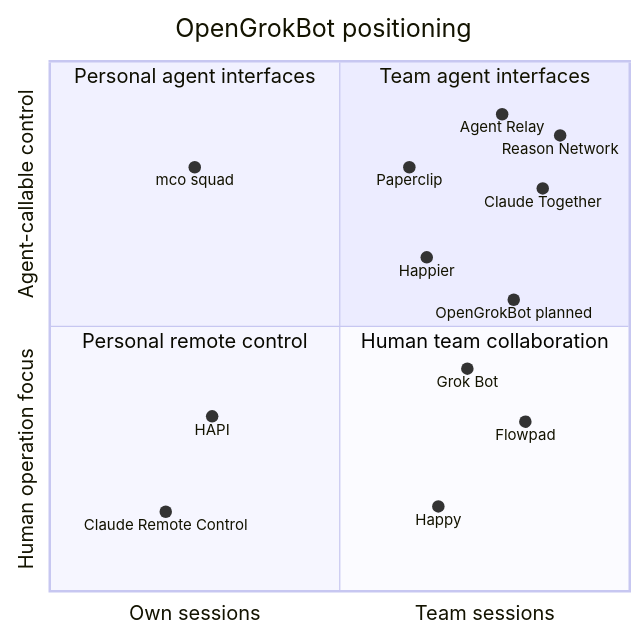
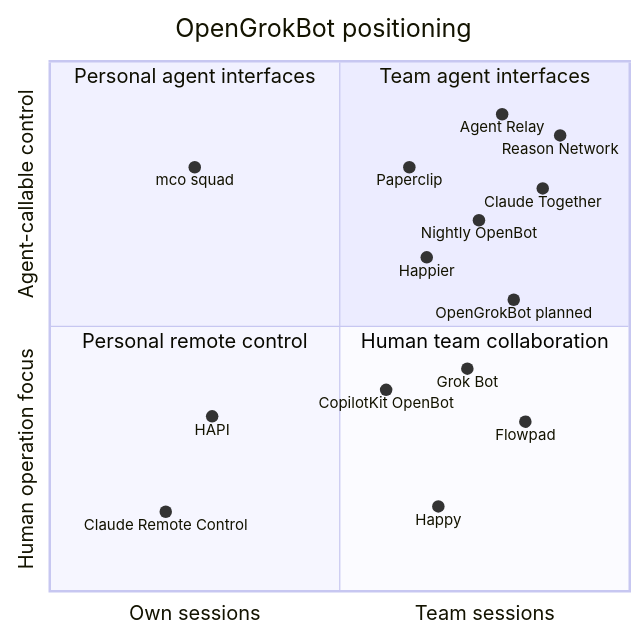
The diagram in documentations/competitive-landscape.md (callmejustdodo/OpenGrokBot), drawn with Mermaid before and after one commit. The commit also changed other lines of this file, not shown here.

First line of the commit message:
docs(planning): add the two OpenBot products to the competitive landscape

````diff
--- a/documentations/competitive-landscape.md
+++ b/documentations/competitive-landscape.md
@@ -34,22 +36,24 @@
 ```mermaid
 quadrantChart
     title OpenGrokBot positioning
     x-axis Own sessions --> Team sessions
     y-axis Human operation focus --> Agent-callable control
     quadrant-1 Team agent interfaces
     quadrant-2 Personal agent interfaces
     quadrant-3 Personal remote control
     quadrant-4 Human team collaboration
     Agent Relay: [0.78, 0.90]
     Reason Network: [0.88, 0.86]
     Claude Together: [0.85, 0.76]
     Happier: [0.65, 0.63]
     Paperclip: [0.62, 0.80]
+    Nightly OpenBot: [0.74, 0.70]
+    CopilotKit OpenBot: [0.58, 0.38]
     OpenGrokBot planned: [0.80, 0.55]
     mco squad: [0.25, 0.80]
     Flowpad: [0.82, 0.32]
     Grok Bot: [0.72, 0.42]
     Happy: [0.67, 0.16]
     HAPI: [0.28, 0.33]
     Claude Remote Control: [0.20, 0.15]
 ```
````
